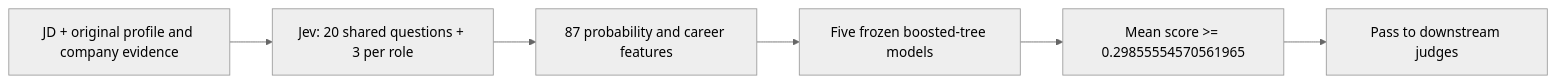
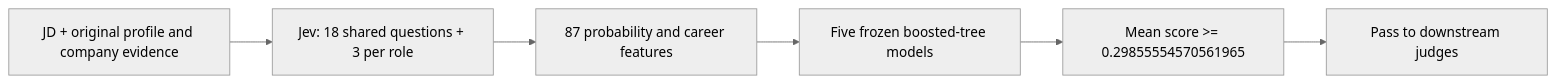
The diagram in packs/search/primitives/llm_rerank_candidates/jev/README.md (powerset-co/powerpacks), drawn with Mermaid (neutral theme) before and after one commit. The commit also changed other lines of this file and 7 other files, not shown here.

Commit message:
fix(search): omit unused Jev questions

````diff
--- a/packs/search/primitives/llm_rerank_candidates/jev/README.md
+++ b/packs/search/primitives/llm_rerank_candidates/jev/README.md
@@ -8,8 +8,8 @@
 ```mermaid
 flowchart LR
-    A[JD + original profile and company evidence] --> B[Jev: 20 shared questions + 3 per role]
+    A[JD + original profile and company evidence] --> B[Jev: 18 shared questions + 3 per role]
     B --> C[87 probability and career features]
     C --> D[Five frozen boosted-tree models]
     D --> E[Mean score >= 0.29855554570561965]
     E --> F[Pass to downstream judges]
 ```
````
